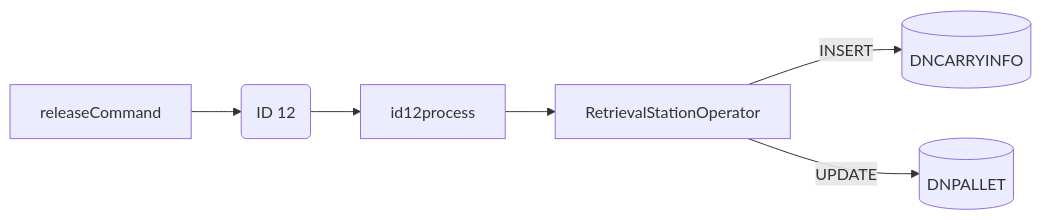
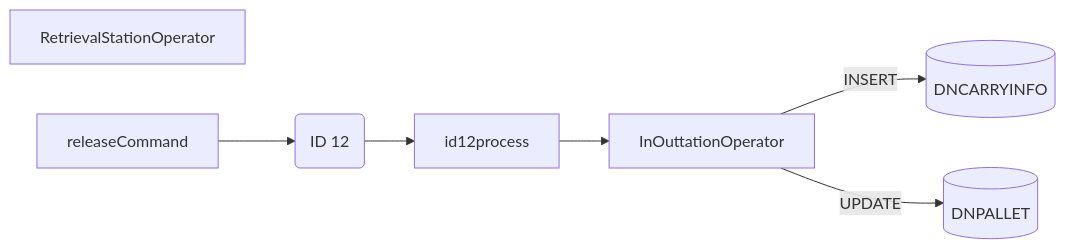
The fourth of 10 diagrams in Basic-Design/DFD-WMS/Retrieval/Unplanned-Retrieval-to-HP-Area.md (luthfiadityaa/SimeDarby-Wiki), drawn with Mermaid before and after one commit.

Commit message:
Updated Unplanned Retrieval to HP Area

```diff
--- a/Basic-Design/DFD-WMS/Retrieval/Unplanned-Retrieval-to-HP-Area.md
+++ b/Basic-Design/DFD-WMS/Retrieval/Unplanned-Retrieval-to-HP-Area.md
@@ -196,21 +196,22 @@
 ::: mermaid
 flowchart LR
 
 id26msg("
 ID 12
 ")
 
 id26-insert[("
 DNCARRYINFO
 ")]
 
 id26-update[("
 DNPALLET
 ")]
 
-inoutstationoperator[RetrievalStationOperator]
+retrievalstationoperator[RetrievalStationOperator]
+inoutstationoperator[InOuttationOperator]
 
 releaseCommand-->id26msg-->id12process-->inoutstationoperator
 inoutstationoperator--> |INSERT| id26-insert
 inoutstationoperator--> |UPDATE| id26-update
 :::
```
